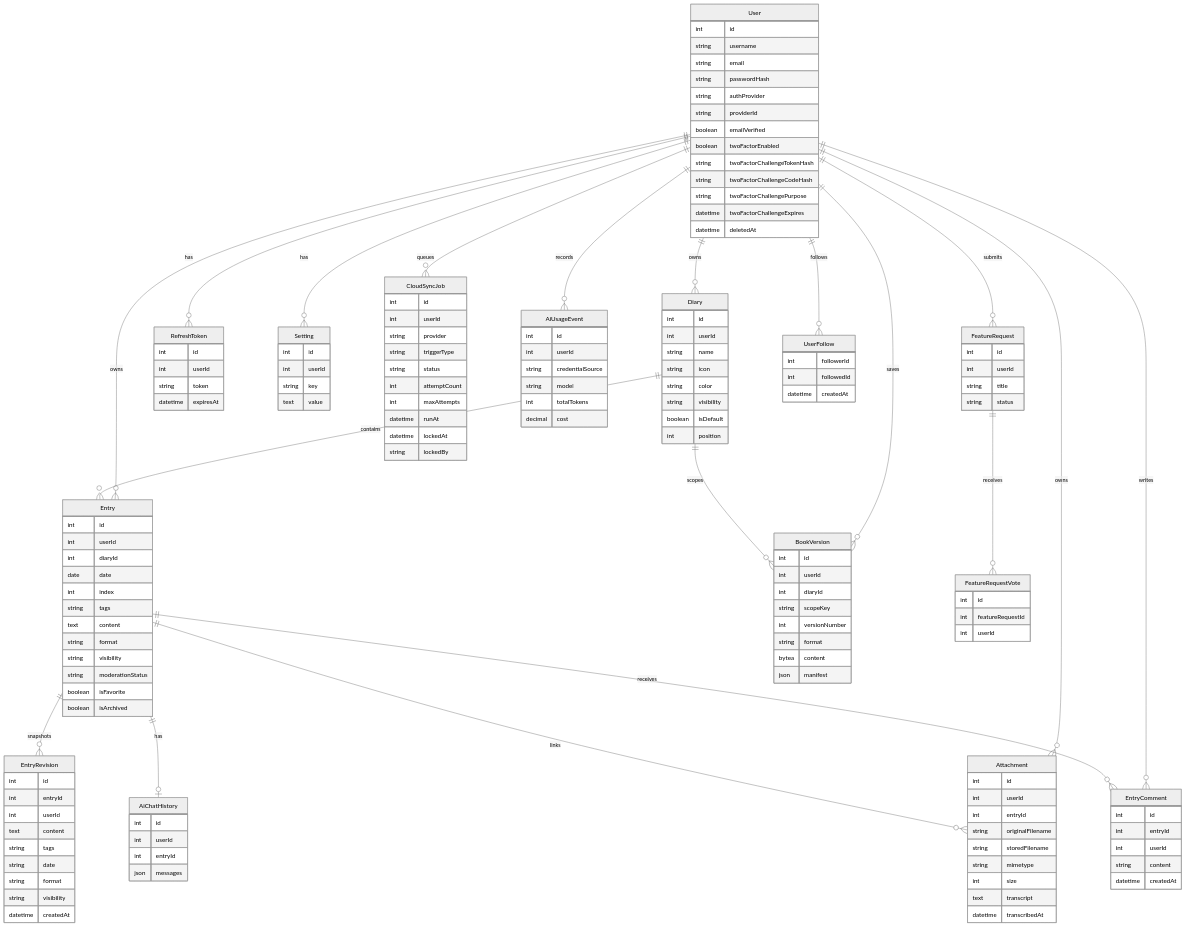
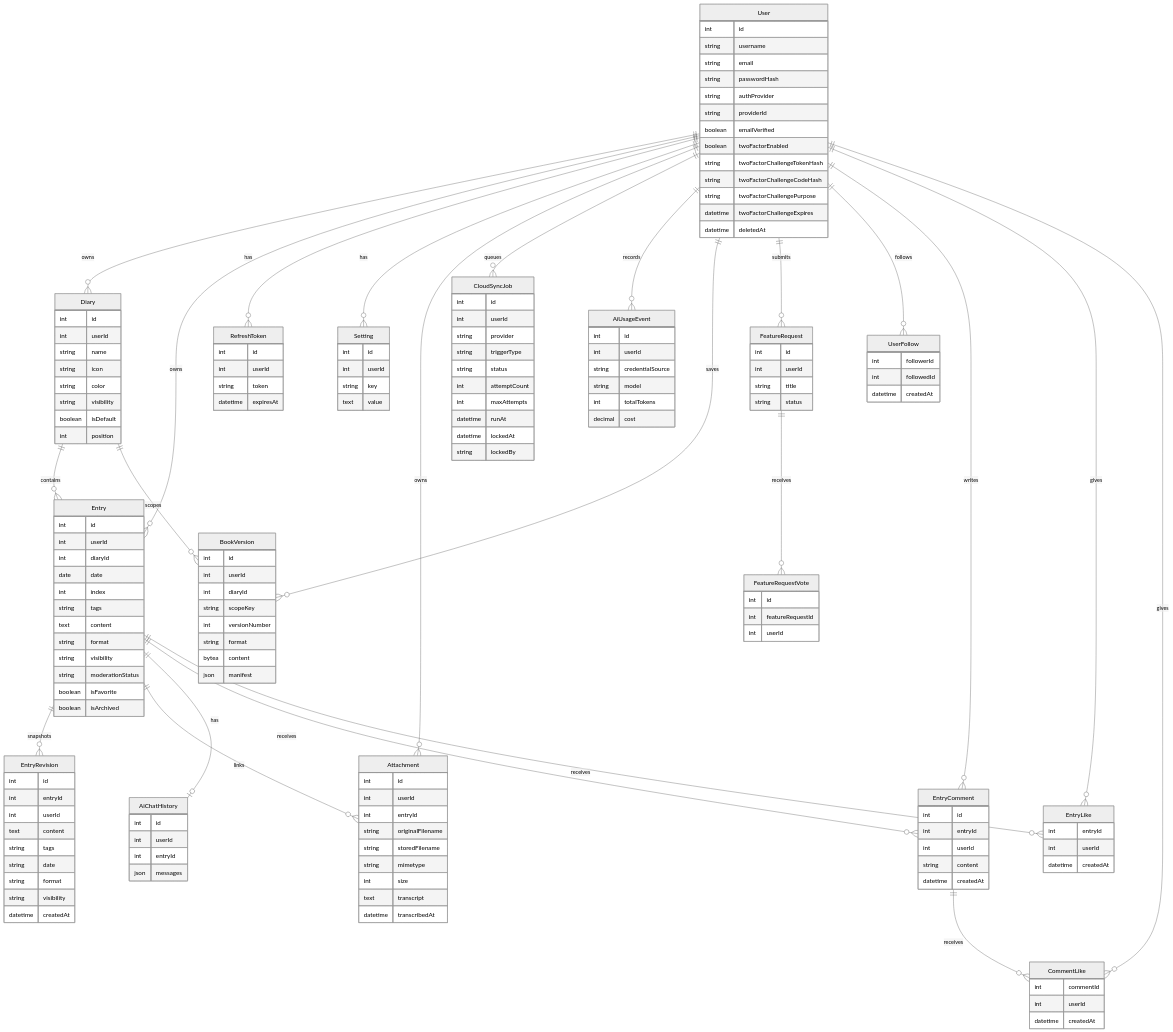
The diagram in docs/data-model.md (chefzaid/thoughty), drawn with Mermaid (neutral theme) before and after one commit. The commit also changed other lines of this file and 53 other files, not shown here.

````diff
--- a/docs/data-model.md
+++ b/docs/data-model.md
@@ -18,6 +18,9 @@
     FeatureRequest ||--o{ FeatureRequestVote : receives
     User ||--o{ UserFollow : follows
     User ||--o{ EntryComment : writes
+    User ||--o{ EntryLike : gives
+    User ||--o{ CommentLike : gives
+    EntryComment ||--o{ CommentLike : receives
 
     Diary ||--o{ Entry : contains
     Diary ||--o{ BookVersion : scopes
@@ -25,6 +28,7 @@
     Entry ||--o{ Attachment : links
     Entry ||--o| AiChatHistory : has
     Entry ||--o{ EntryComment : receives
+    Entry ||--o{ EntryLike : receives
 
     User {
         int id
@@ -172,4 +176,16 @@
         string content
         datetime createdAt
     }
+
+    EntryLike {
+        int entryId
+        int userId
+        datetime createdAt
+    }
+
+    CommentLike {
+        int commentId
+        int userId
+        datetime createdAt
+    }
 ```
````
